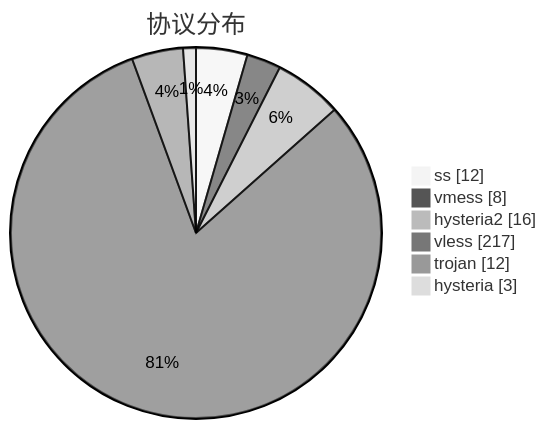
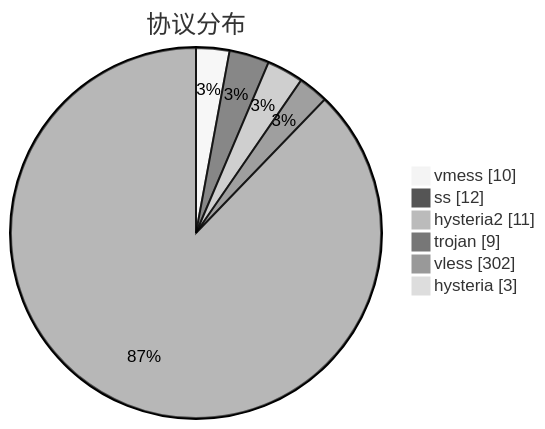
One commit to sinspired/airport changed the third of 3 diagrams in subs/statistics/tested_within.md. Above: the diagram before and after it, drawn with Mermaid (neutral theme). The commit also changed other lines of this file and 2 other files, not shown here.

````diff
--- a/subs/statistics/tested_within.md
+++ b/subs/statistics/tested_within.md
@@ -34,10 +39,10 @@
 ```mermaid
 pie showData
 title 协议分布
+"vmess" : 10
 "ss" : 12
-"vmess" : 8
-"hysteria2" : 16
-"vless" : 217
-"trojan" : 12
+"hysteria2" : 11
+"trojan" : 9
+"vless" : 302
 "hysteria" : 3
 ```
````
